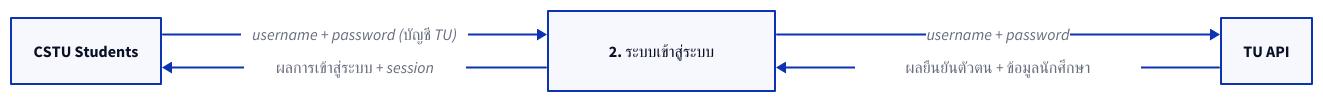
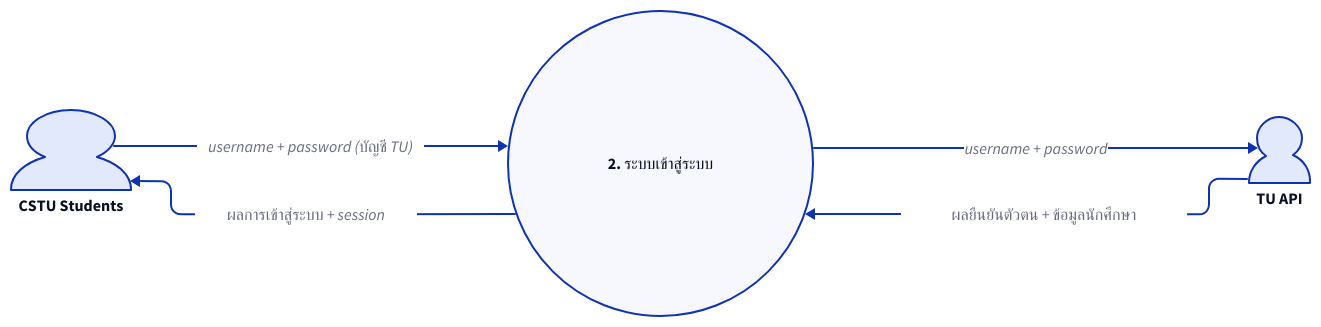
Before and after one commit to Saranwich/CS261: the diagram in docs/Diagrams/Context/US2context.d2, drawn with D2. The commit also changed 27 other files, not shown here.

Commit message:
fix(diagrams): use person/circle/cylinder shapes

```diff
--- a/docs/Diagrams/Context/US2context.d2
+++ b/docs/Diagrams/Context/US2context.d2
@@ -1,22 +1,22 @@
 vars: {
     d2-config: {
         layout-engine: elk
     }
 }
 
 direction: right
 
 cstu_student: CSTU Students
-cstu_student.shape: rectangle
+cstu_student.shape: person
 
 system: 2. ระบบเข้าสู่ระบบ
-system.shape: rectangle
+system.shape: circle
 
 tu_api: TU API
-tu_api.shape: rectangle
+tu_api.shape: person
 
 cstu_student -> system: username + password (บัญชี TU)
 system -> cstu_student: ผลการเข้าสู่ระบบ + session
 
 system -> tu_api: username + password
 tu_api -> system: ผลยืนยันตัวตน + ข้อมูลนักศึกษา
```
